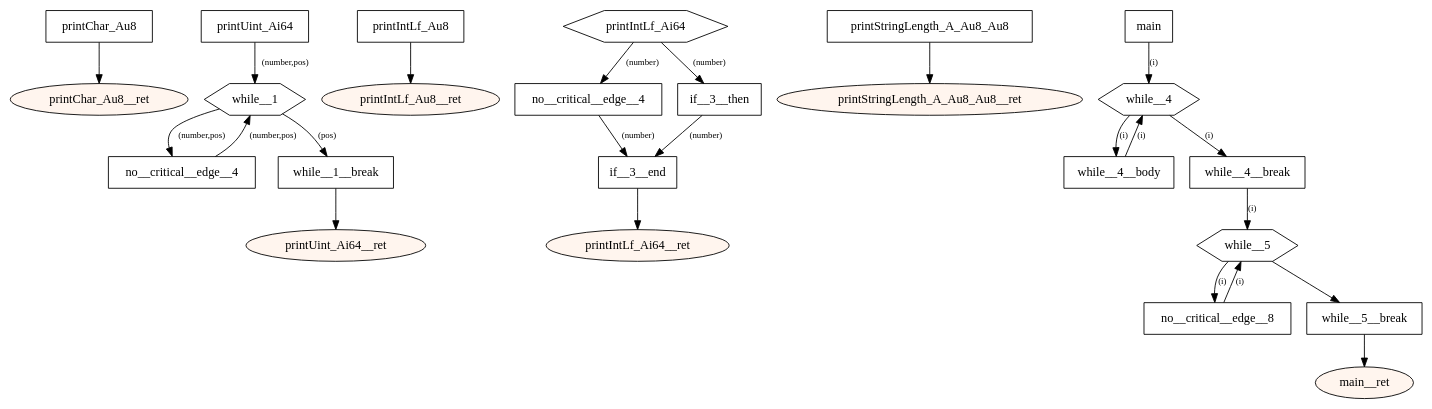
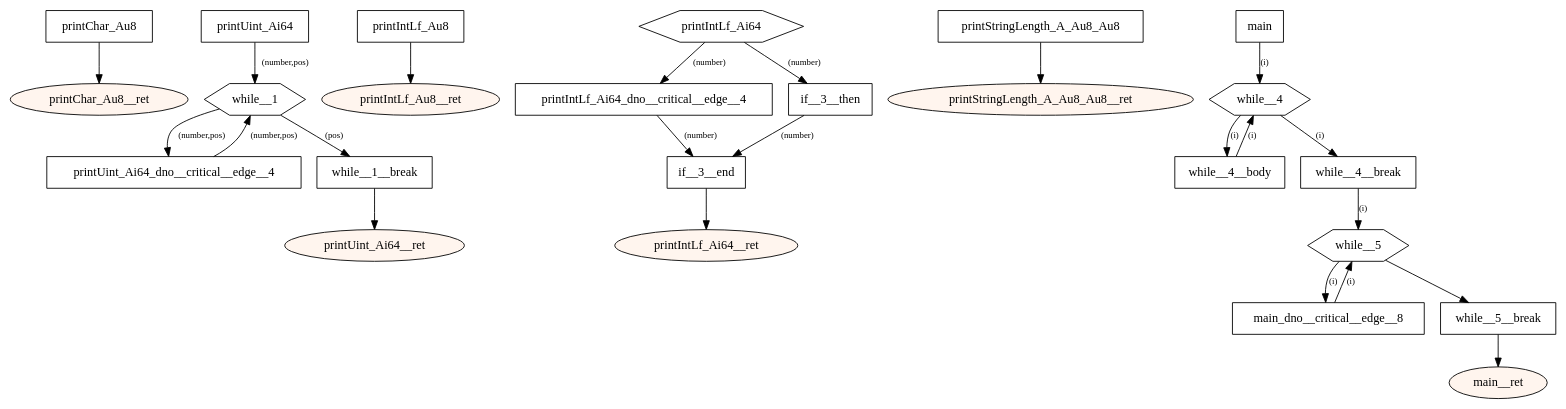
The diagram in src/main/resources-test/compiler/windows/while.dot (tmssngr/tinyC), drawn with Graphviz before and after one commit. The commit also changed 41 other files, not shown here.

Commit message:
Cfg: create unique no-critical-edge block name

```diff
--- a/src/main/resources-test/compiler/windows/while.dot
+++ b/src/main/resources-test/compiler/windows/while.dot
@@ -1,61 +1,61 @@
 digraph program {
 	edge[fontsize="10pt"];
 	subgraph fn_printChar_Au8 {
 		BasicBlock_0_printChar_Au8 [label="printChar_Au8",shape=box];
 		BasicBlock_0_printChar_Au8 -> BasicBlock_0_printChar_Au8__ret;
 		BasicBlock_0_printChar_Au8__ret [label="printChar_Au8__ret",shape=oval,style=filled,fillcolor="#fff5ee"];
 	}
 	subgraph fn_printUint_Ai64 {
 		BasicBlock_1_printUint_Ai64 [label="printUint_Ai64",shape=box];
 		BasicBlock_1_printUint_Ai64 -> BasicBlock_1_while__1 [label="(number,pos)"];
-		BasicBlock_1_no__critical__edge__4 [label="no__critical__edge__4",shape=box];
-		BasicBlock_1_no__critical__edge__4 -> BasicBlock_1_while__1 [label="(number,pos)"];
+		BasicBlock_1_printUint_Ai64_dno__critical__edge__4 [label="printUint_Ai64_dno__critical__edge__4",shape=box];
+		BasicBlock_1_printUint_Ai64_dno__critical__edge__4 -> BasicBlock_1_while__1 [label="(number,pos)"];
 		BasicBlock_1_while__1 [label="while__1",shape=hexagon];
-		BasicBlock_1_while__1 -> BasicBlock_1_no__critical__edge__4 [label="(number,pos)"];
+		BasicBlock_1_while__1 -> BasicBlock_1_printUint_Ai64_dno__critical__edge__4 [label="(number,pos)"];
 		BasicBlock_1_while__1 -> BasicBlock_1_while__1__break [label="(pos)"];
 		BasicBlock_1_while__1__break [label="while__1__break",shape=box];
 		BasicBlock_1_while__1__break -> BasicBlock_1_printUint_Ai64__ret;
 		BasicBlock_1_printUint_Ai64__ret [label="printUint_Ai64__ret",shape=oval,style=filled,fillcolor="#fff5ee"];
 	}
 	subgraph fn_printIntLf_Au8 {
 		BasicBlock_2_printIntLf_Au8 [label="printIntLf_Au8",shape=box];
 		BasicBlock_2_printIntLf_Au8 -> BasicBlock_2_printIntLf_Au8__ret;
 		BasicBlock_2_printIntLf_Au8__ret [label="printIntLf_Au8__ret",shape=oval,style=filled,fillcolor="#fff5ee"];
 	}
 	subgraph fn_printIntLf_Ai64 {
 		BasicBlock_3_printIntLf_Ai64 [label="printIntLf_Ai64",shape=hexagon];
-		BasicBlock_3_printIntLf_Ai64 -> BasicBlock_3_no__critical__edge__4 [label="(number)"];
+		BasicBlock_3_printIntLf_Ai64 -> BasicBlock_3_printIntLf_Ai64_dno__critical__edge__4 [label="(number)"];
 		BasicBlock_3_printIntLf_Ai64 -> BasicBlock_3_if__3__then [label="(number)"];
-		BasicBlock_3_no__critical__edge__4 [label="no__critical__edge__4",shape=box];
-		BasicBlock_3_no__critical__edge__4 -> BasicBlock_3_if__3__end [label="(number)"];
+		BasicBlock_3_printIntLf_Ai64_dno__critical__edge__4 [label="printIntLf_Ai64_dno__critical__edge__4",shape=box];
+		BasicBlock_3_printIntLf_Ai64_dno__critical__edge__4 -> BasicBlock_3_if__3__end [label="(number)"];
 		BasicBlock_3_if__3__then [label="if__3__then",shape=box];
 		BasicBlock_3_if__3__then -> BasicBlock_3_if__3__end [label="(number)"];
 		BasicBlock_3_if__3__end [label="if__3__end",shape=box];
 		BasicBlock_3_if__3__end -> BasicBlock_3_printIntLf_Ai64__ret;
 		BasicBlock_3_printIntLf_Ai64__ret [label="printIntLf_Ai64__ret",shape=oval,style=filled,fillcolor="#fff5ee"];
 	}
 	subgraph fn_printStringLength_A_Au8_Au8 {
 		BasicBlock_4_printStringLength_A_Au8_Au8 [label="printStringLength_A_Au8_Au8",shape=box];
 		BasicBlock_4_printStringLength_A_Au8_Au8 -> BasicBlock_4_printStringLength_A_Au8_Au8__ret;
 		BasicBlock_4_printStringLength_A_Au8_Au8__ret [label="printStringLength_A_Au8_Au8__ret",shape=oval,style=filled,fillcolor="#fff5ee"];
 	}
 	subgraph fn_main {
 		BasicBlock_5_main [label="main",shape=box];
 		BasicBlock_5_main -> BasicBlock_5_while__4 [label="(i)"];
 		BasicBlock_5_while__4__body [label="while__4__body",shape=box];
 		BasicBlock_5_while__4__body -> BasicBlock_5_while__4 [label="(i)"];
 		BasicBlock_5_while__4 [label="while__4",shape=hexagon];
 		BasicBlock_5_while__4 -> BasicBlock_5_while__4__break [label="(i)"];
 		BasicBlock_5_while__4 -> BasicBlock_5_while__4__body [label="(i)"];
 		BasicBlock_5_while__4__break [label="while__4__break",shape=box];
 		BasicBlock_5_while__4__break -> BasicBlock_5_while__5 [label="(i)"];
-		BasicBlock_5_no__critical__edge__8 [label="no__critical__edge__8",shape=box];
-		BasicBlock_5_no__critical__edge__8 -> BasicBlock_5_while__5 [label="(i)"];
+		BasicBlock_5_main_dno__critical__edge__8 [label="main_dno__critical__edge__8",shape=box];
+		BasicBlock_5_main_dno__critical__edge__8 -> BasicBlock_5_while__5 [label="(i)"];
 		BasicBlock_5_while__5 [label="while__5",shape=hexagon];
-		BasicBlock_5_while__5 -> BasicBlock_5_no__critical__edge__8 [label="(i)"];
+		BasicBlock_5_while__5 -> BasicBlock_5_main_dno__critical__edge__8 [label="(i)"];
 		BasicBlock_5_while__5 -> BasicBlock_5_while__5__break;
 		BasicBlock_5_while__5__break [label="while__5__break",shape=box];
 		BasicBlock_5_while__5__break -> BasicBlock_5_main__ret;
 		BasicBlock_5_main__ret [label="main__ret",shape=oval,style=filled,fillcolor="#fff5ee"];
 	}
 }
```
